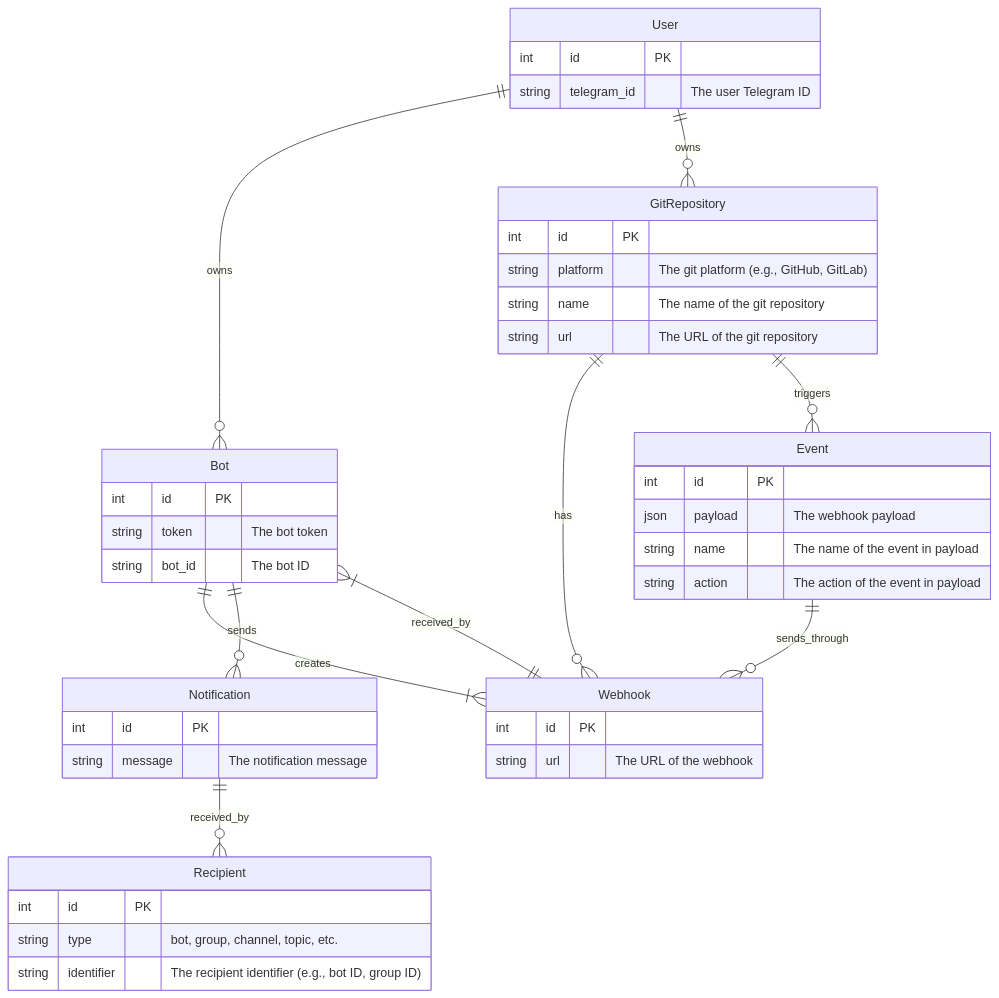
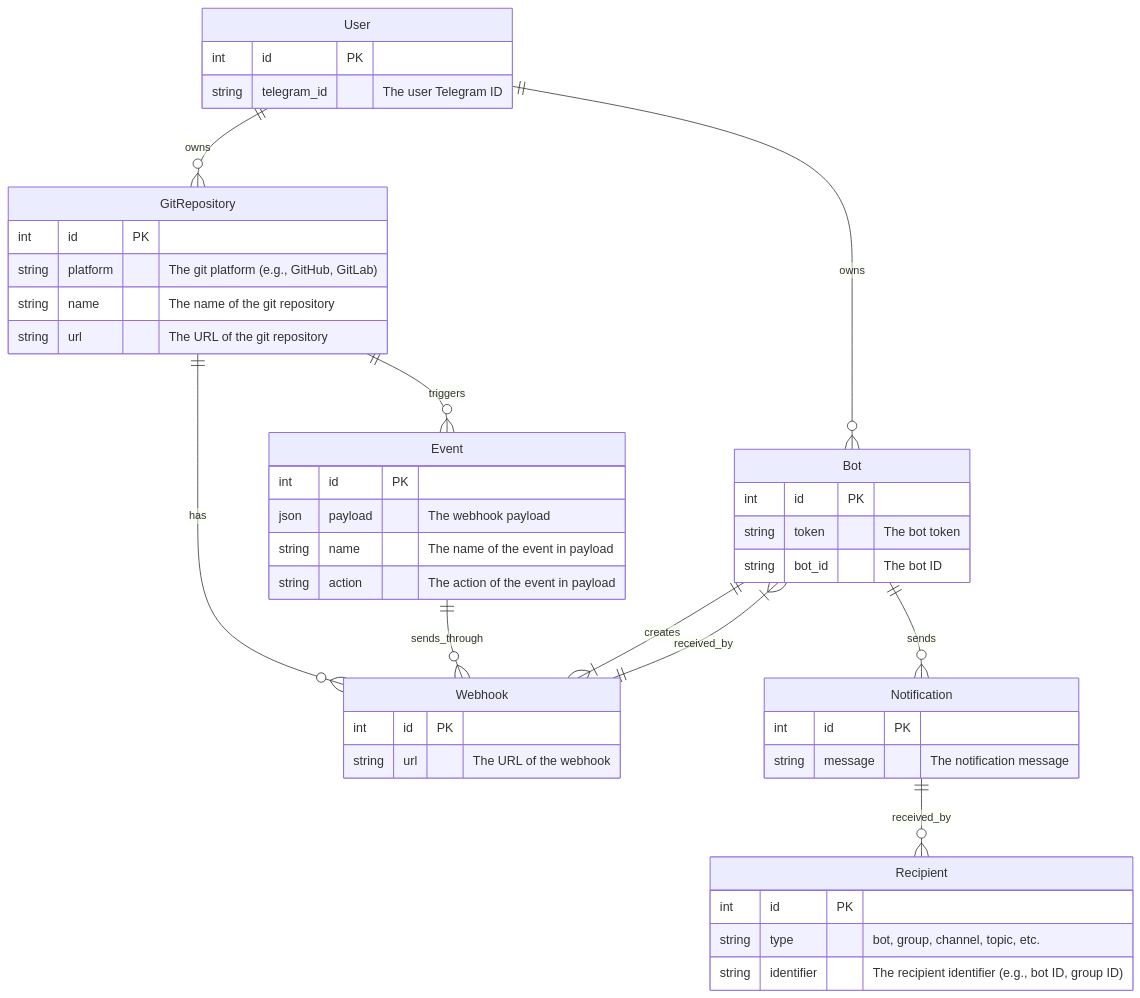
The first of 2 diagrams in docs/send-notification-flow.md (cslant/laravel-telegram-git-notifier), drawn with Mermaid before and after one commit. The commit also changed other lines of this file, not shown here.

````diff
--- a/docs/send-notification-flow.md
+++ b/docs/send-notification-flow.md
@@ -60,53 +60,53 @@
 ```mermaid
 erDiagram
     User ||--o{ Bot: owns
     User ||--o{ GitRepository: owns
-    Bot ||--|{ Webhook: creates
     GitRepository ||--o{ Webhook: has
     GitRepository ||--o{ Event: triggers
     Event ||--o{ Webhook: sends_through
+    Bot ||--|{ Webhook: creates
     Webhook ||--|{ Bot: received_by
     Bot ||--o{ Notification: sends
     Notification ||--o{ Recipient: received_by
 
     Bot {
         int id PK
         string token "The bot token"
         string bot_id "The bot ID"
     }
 
     User {
         int id PK
         string telegram_id "The user Telegram ID"
     }
 
     Webhook {
         int id PK
         string url "The URL of the webhook"
     }
 
     Event {
         int id PK
         json payload "The webhook payload"
         string name "The name of the event in payload"
         string action "The action of the event in payload"
     }
 
     Notification {
         int id PK
         string message "The notification message"
     }
 
     Recipient {
         int id PK
         string type "bot, group, channel, topic, etc."
         string identifier "The recipient identifier (e.g., bot ID, group ID)"
     }
 
     GitRepository {
         int id PK
         string platform "The git platform (e.g., GitHub, GitLab)"
         string name "The name of the git repository"
         string url "The URL of the git repository"
     }
 ```
````
